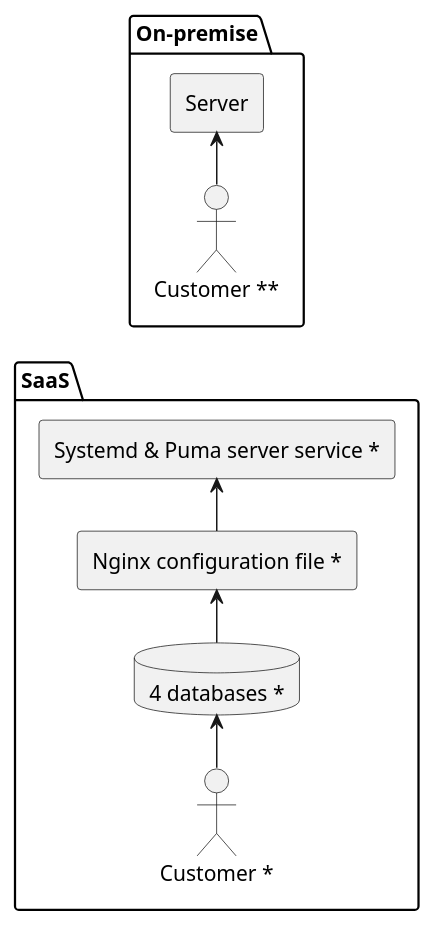
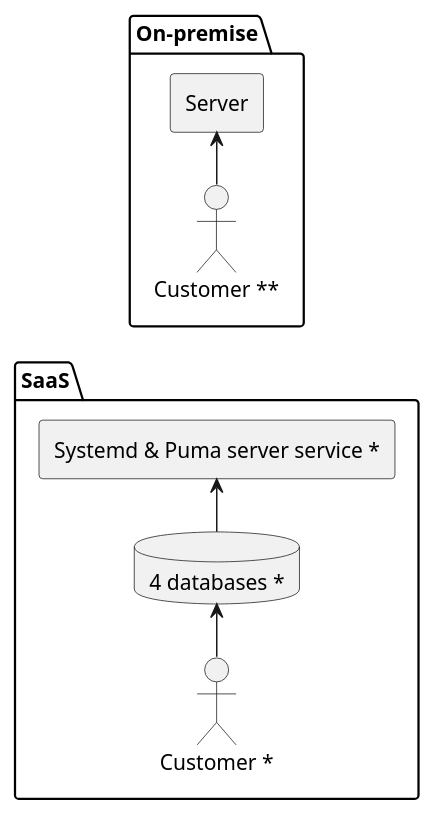
Before and after one commit to back-office-pro/schematics: the diagram in docs/architecture.puml, drawn with PlantUML. The commit also changed 6 other files, not shown here.

```diff
--- a/docs/architecture.puml
+++ b/docs/architecture.puml
@@ -1,17 +1,15 @@
 @startuml
 left to right direction
 package "SaaS" {
     actor "Customer *"
     agent "Systemd & Puma server service *"
-    agent "Nginx configuration file *"
     database "4 databases *"
-    "Nginx configuration file *" -> "Systemd & Puma server service *"
-    "4 databases *" -> "Nginx configuration file *"
+    "4 databases *" -> "Systemd & Puma server service *"
     "Customer *" -> "4 databases *"
 }
 package "On-premise" {
     actor "Customer **"
     agent "Server"
     "Customer **" -> "Server"
 }
 @enduml
```
